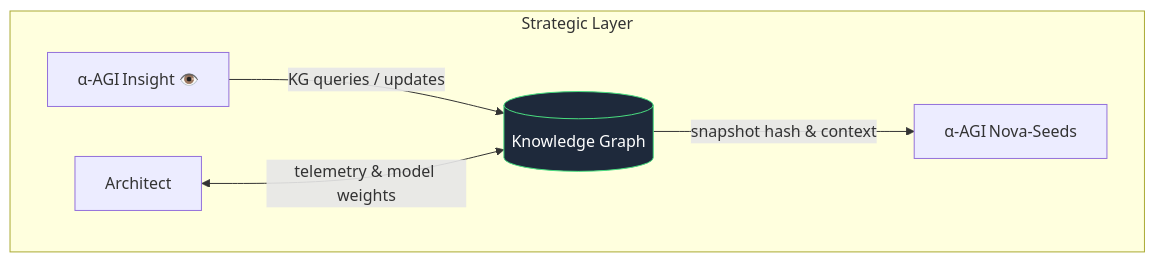
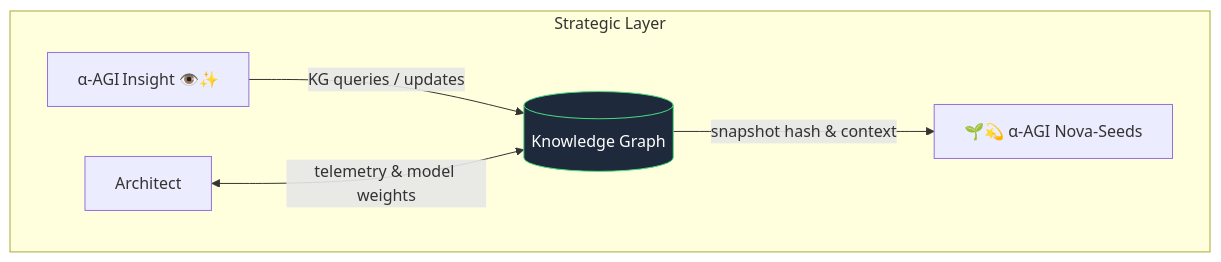
The first of 8 diagrams in alpha_factory_v1/demos/alpha_agi_insight_v1/mermaid.md (vishalbelsare/AGI-Alpha-Agent-v0), drawn with Mermaid before and after one commit.

````diff
--- a/alpha_factory_v1/demos/alpha_agi_insight_v1/mermaid.md
+++ b/alpha_factory_v1/demos/alpha_agi_insight_v1/mermaid.md
@@ -1,9 +1,9 @@
 ```mermaid
 flowchart TD
     subgraph Strategic Layer
-        Insight["α‑AGI Insight 👁️"] -- KG queries / updates --> KG[(Knowledge Graph)]
-        KG -- snapshot hash & context --> Seeds["α‑AGI Nova‑Seeds"]
+        Insight["α‑AGI Insight 👁️✨"] -- KG queries / updates --> KG[(Knowledge Graph)]
+        KG -- snapshot hash & context --> Seeds["🌱💫 α-AGI Nova-Seeds"]
         Architect <-- telemetry & model weights --> KG
     end
     style KG fill:#1e293b,color:#fff,stroke:#4ade80
 ```
````
